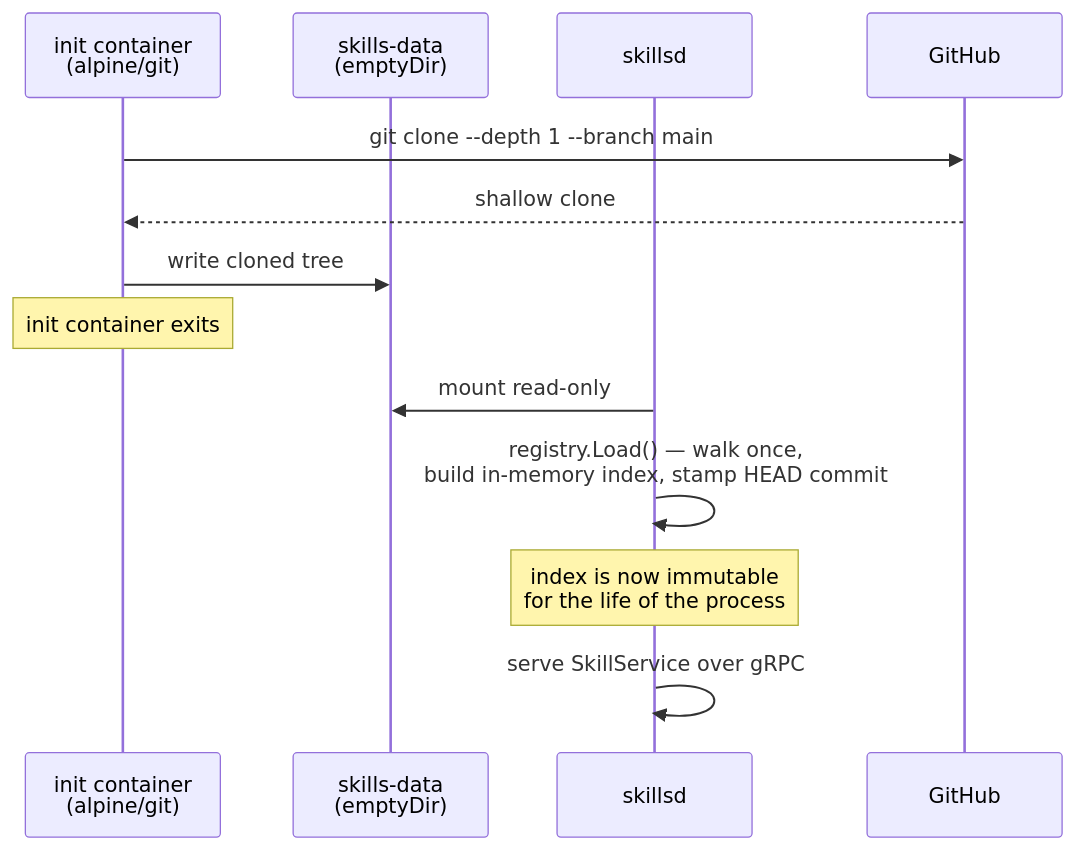
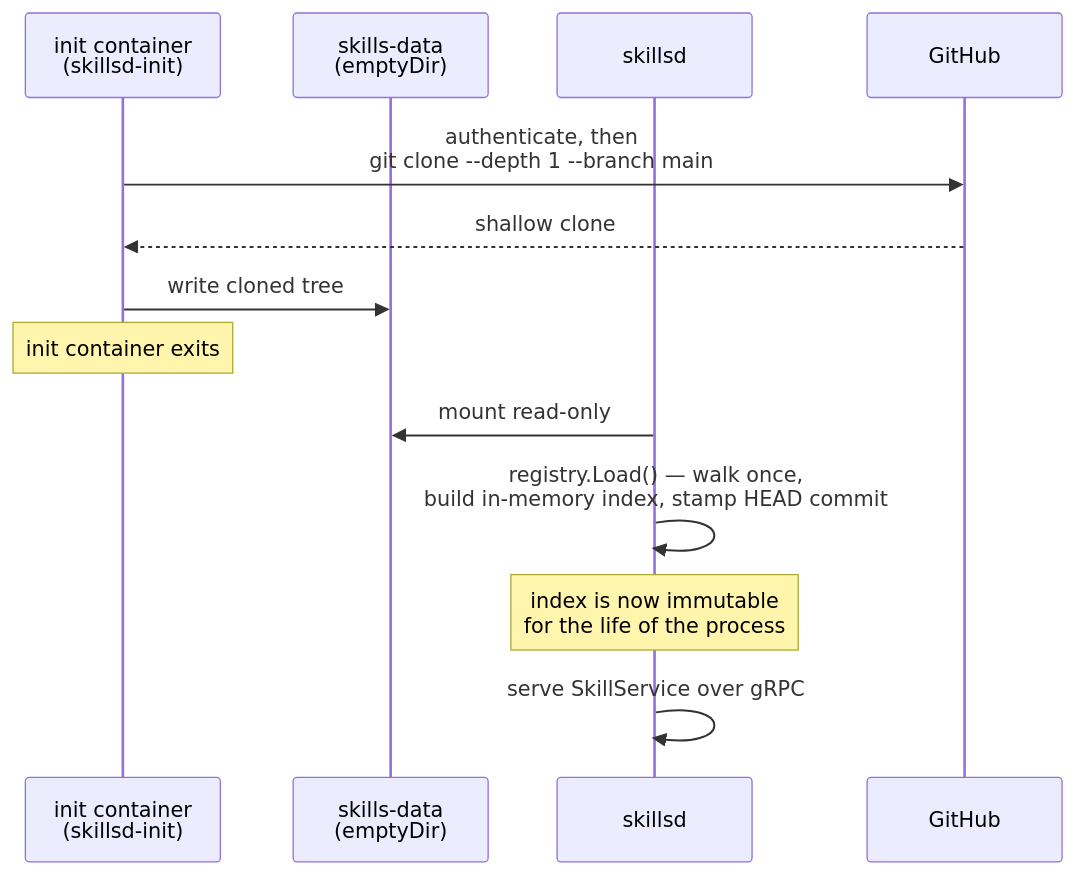
Before and after one commit to araghukas/skillset: the diagram in docs/skillsd.md, drawn with Mermaid. The commit also changed other lines of this file and 5 other files, not shown here.

````diff
--- a/docs/skillsd.md
+++ b/docs/skillsd.md
@@ -19,16 +22,16 @@
 ```mermaid
 sequenceDiagram
-    participant Init as init container<br/>(alpine/git)
+    participant Init as init container<br/>(skillsd-init)
     participant Vol as skills-data<br/>(emptyDir)
     participant Main as skillsd
     participant GH as GitHub
 
-    Init->>GH: git clone --depth 1 --branch main
+    Init->>GH: authenticate, then<br/>git clone --depth 1 --branch main
     GH-->>Init: shallow clone
     Init->>Vol: write cloned tree
     Note over Init: init container exits
     Main->>Vol: mount read-only
     Main->>Main: registry.Load() — walk once,<br/>build in-memory index, stamp HEAD commit
     Note over Main: index is now immutable<br/>for the life of the process
     Main->>Main: serve SkillService over gRPC
 ```
````
